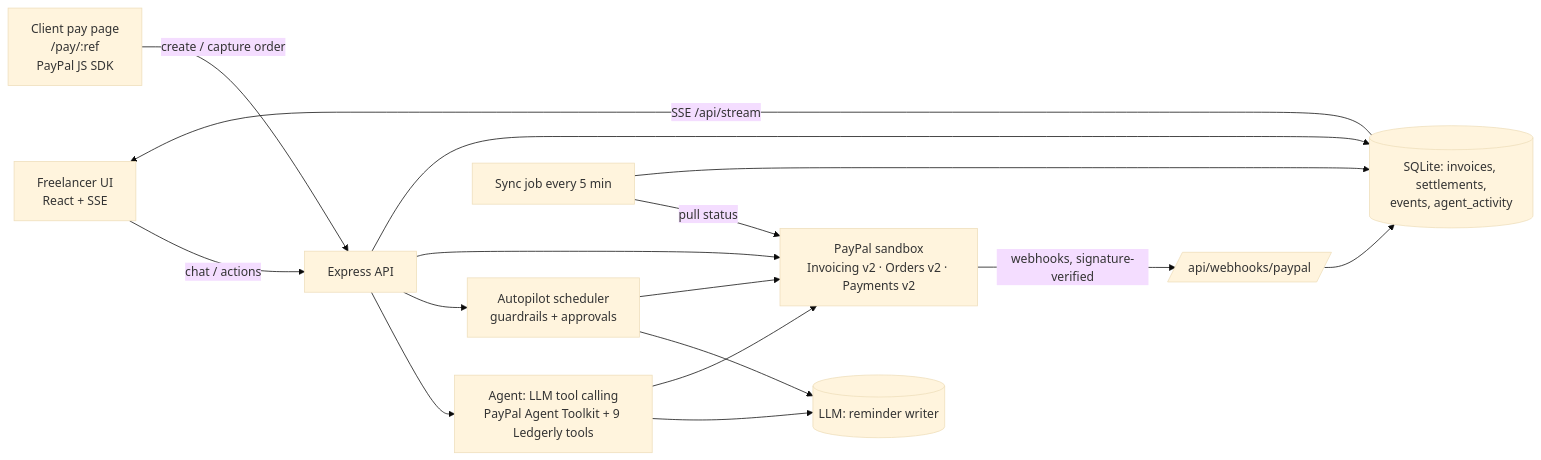
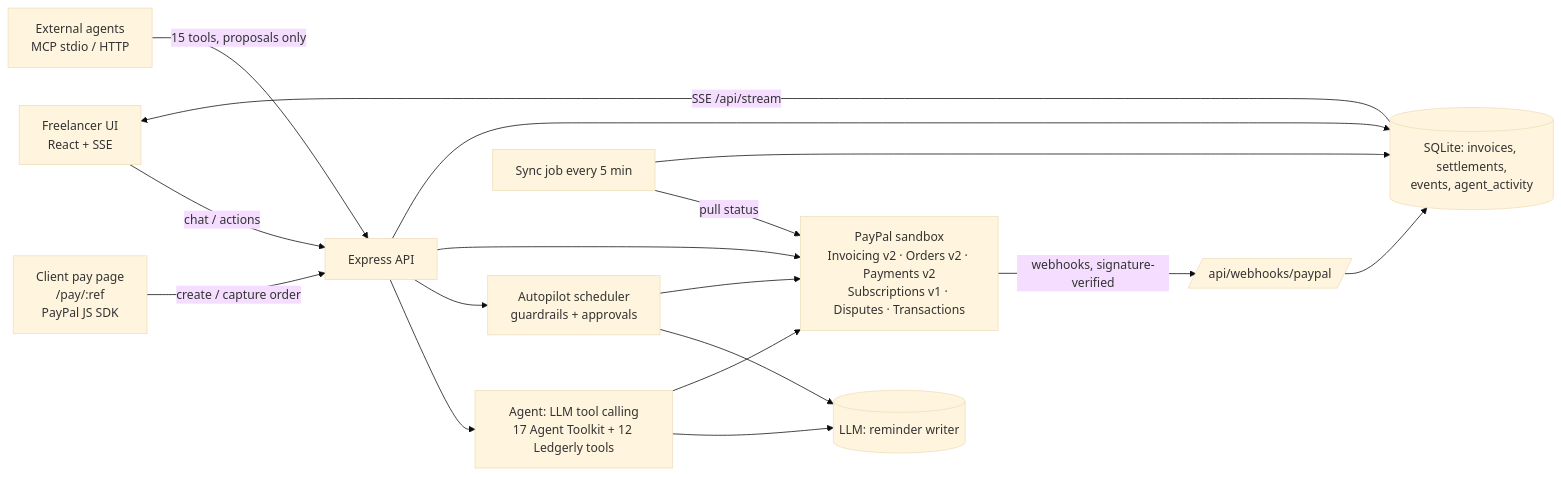
Before and after one commit to breeze-lyf/ledgerly: the second of 2 diagrams in README.md, drawn with Mermaid (base theme). The commit also changed other lines of this file and 1 other file, not shown here.

Commit message:
Docs: MCP server setup, retainers, updated PayPal API and tool counts

````diff
--- a/README.md
+++ b/README.md
@@ -65,16 +73,17 @@
 ```mermaid
 flowchart LR
   U[Freelancer UI<br/>React + SSE] -->|chat / actions| API[Express API]
   C[Client pay page<br/>/pay/:ref<br/>PayPal JS SDK] -->|create / capture order| API
-  API --> AG[Agent: LLM tool calling<br/>PayPal Agent Toolkit + 9 Ledgerly tools]
+  API --> AG[Agent: LLM tool calling<br/>17 Agent Toolkit + 12 Ledgerly tools]
   API --> AP[Autopilot scheduler<br/>guardrails + approvals]
   AP --> LLM[(LLM: reminder writer)]
   AG --> LLM
-  AG & AP & API --> PP[PayPal sandbox<br/>Invoicing v2 · Orders v2 · Payments v2]
+  X[External agents<br/>MCP stdio / HTTP] -->|15 tools, proposals only| API
+  AG & AP & API --> PP[PayPal sandbox<br/>Invoicing v2 · Orders v2 · Payments v2<br/>Subscriptions v1 · Disputes · Transactions]
   PP -->|webhooks, signature-verified| WH[/api/webhooks/paypal/]
   WH --> DB[(SQLite: invoices, settlements,<br/>events, agent_activity)]
   SY[Sync job every 5 min] -->|pull status| PP
   SY --> DB
   API --> DB
   DB -->|SSE /api/stream| U
 ```
````
